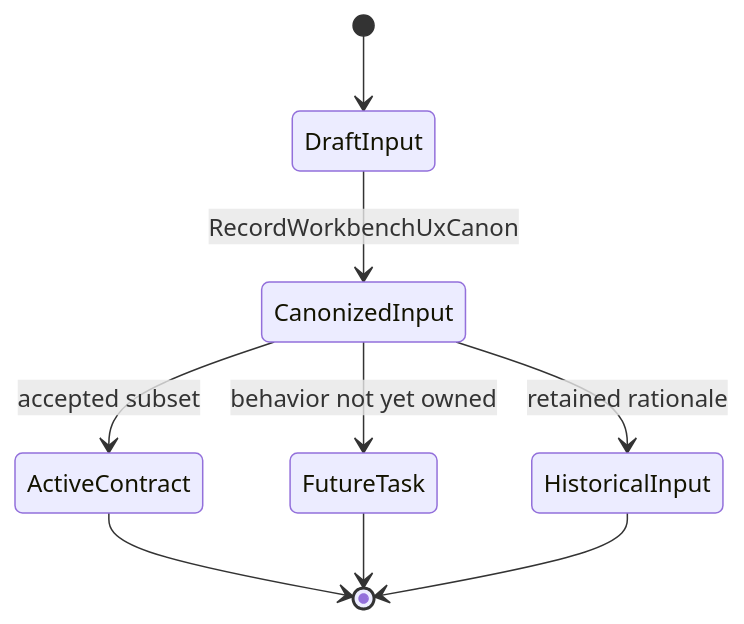
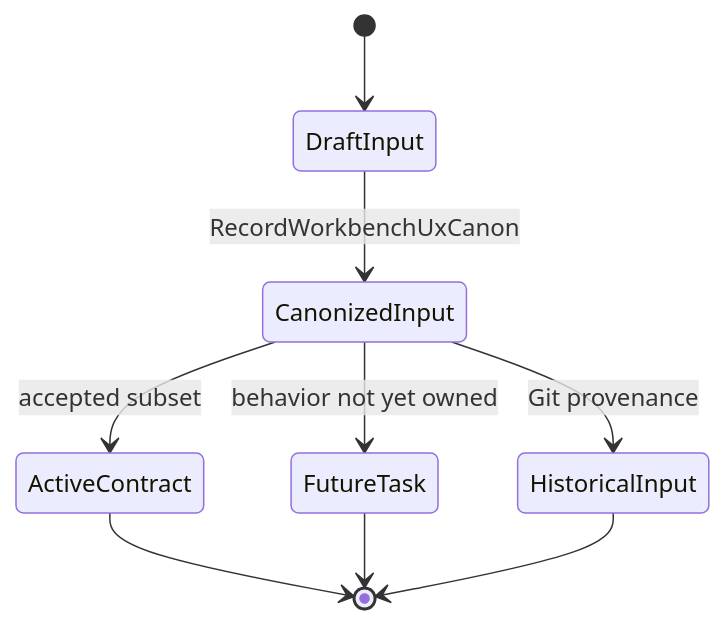
The first of 2 diagrams in docs/architecture/components/web/workbench-ux-canon-component.md (dunay2/dvt), drawn with Mermaid before and after one commit. The commit also changed other lines of this file and 97 other files, not shown here.

````diff
--- a/docs/architecture/components/web/workbench-ux-canon-component.md
+++ b/docs/architecture/components/web/workbench-ux-canon-component.md
@@ -39,11 +39,11 @@
 ```mermaid
 stateDiagram-v2
   [*] --> DraftInput
   DraftInput --> CanonizedInput: RecordWorkbenchUxCanon
   CanonizedInput --> ActiveContract: accepted subset
   CanonizedInput --> FutureTask: behavior not yet owned
-  CanonizedInput --> HistoricalInput: retained rationale
+  CanonizedInput --> HistoricalInput: Git provenance
   ActiveContract --> [*]
   FutureTask --> [*]
   HistoricalInput --> [*]
 ```
````
